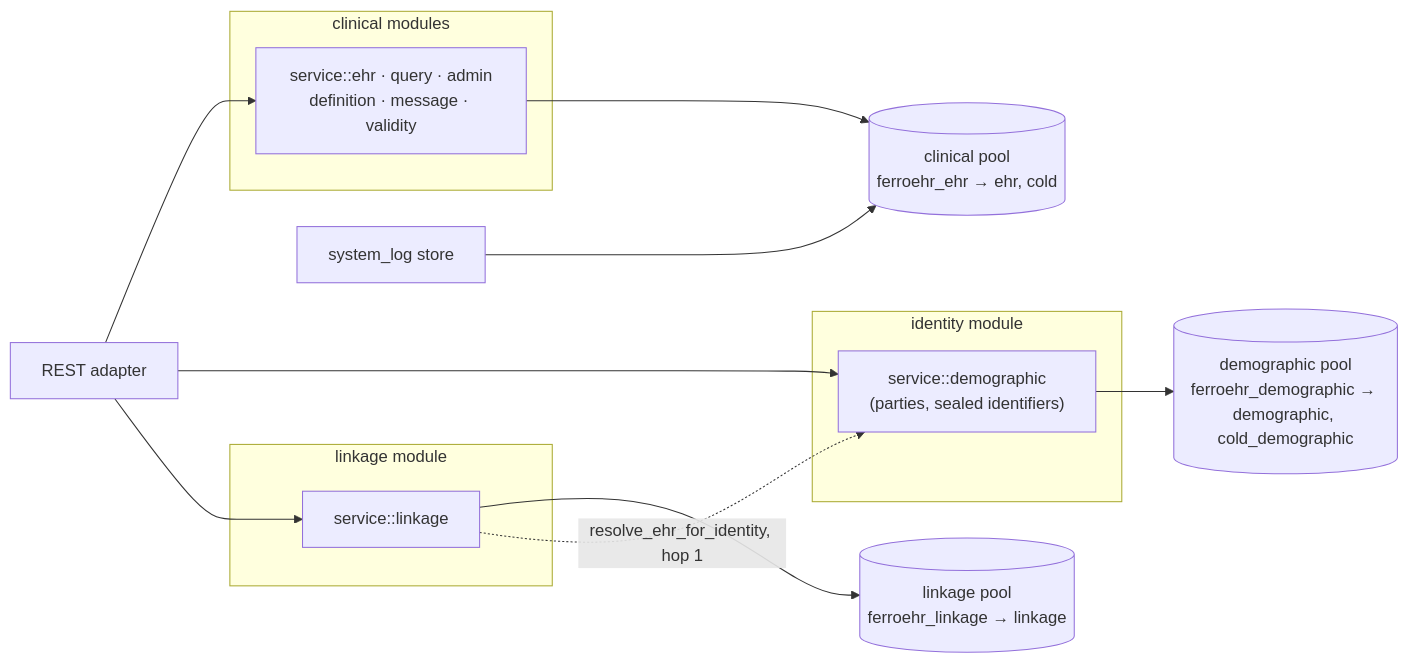
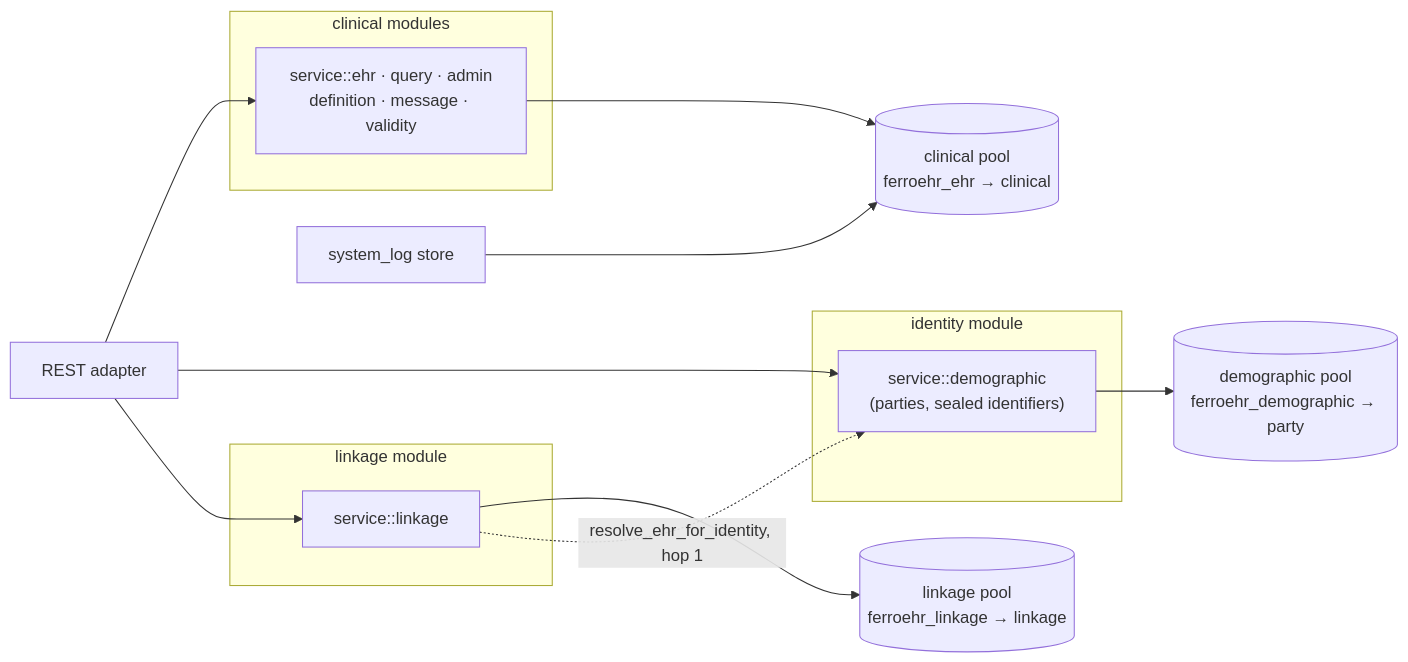
Before and after one commit to rubentalstra/FerroEHR: the second of 2 diagrams in website/book/src/concepts/architecture.md, drawn with Mermaid. The commit also changed 7 other files, not shown here.

Commit message:
docs(storage): the book's asset, role and pool tables name the generation-2 schemas (part of #3342, #3344)

````diff
--- a/website/book/src/concepts/architecture.md
+++ b/website/book/src/concepts/architecture.md
@@ -108,26 +108,26 @@
 ```mermaid
 flowchart LR
     rest["REST adapter"]
     subgraph clin ["clinical modules"]
         ehrsvc["service::ehr · query · admin<br/>definition · message · validity"]
     end
     subgraph dem ["identity module"]
         demsvc["service::demographic<br/>(parties, sealed identifiers)"]
     end
     subgraph lnk ["linkage module"]
         lnksvc["service::linkage"]
     end
     audit["system_log store"]
-    pc[("clinical pool<br/>ferroehr_ehr → ehr, cold")]
-    pd[("demographic pool<br/>ferroehr_demographic → demographic, cold_demographic")]
+    pc[("clinical pool<br/>ferroehr_ehr → clinical")]
+    pd[("demographic pool<br/>ferroehr_demographic → party")]
     pl[("linkage pool<br/>ferroehr_linkage → linkage")]
 
     rest --> ehrsvc
     rest --> demsvc
     rest --> lnksvc
     ehrsvc --> pc
     audit --> pc
     demsvc --> pd
     lnksvc --> pl
     lnksvc -. "resolve_ehr_for_identity, hop 1" .-> demsvc
 ```
````
